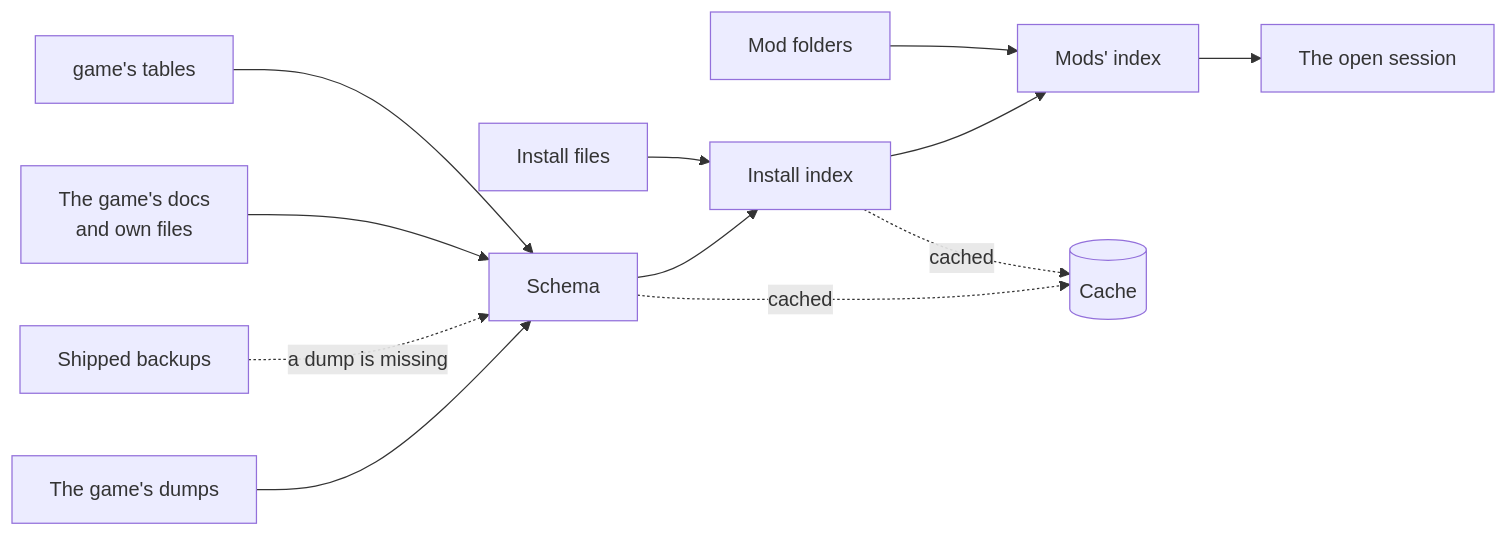
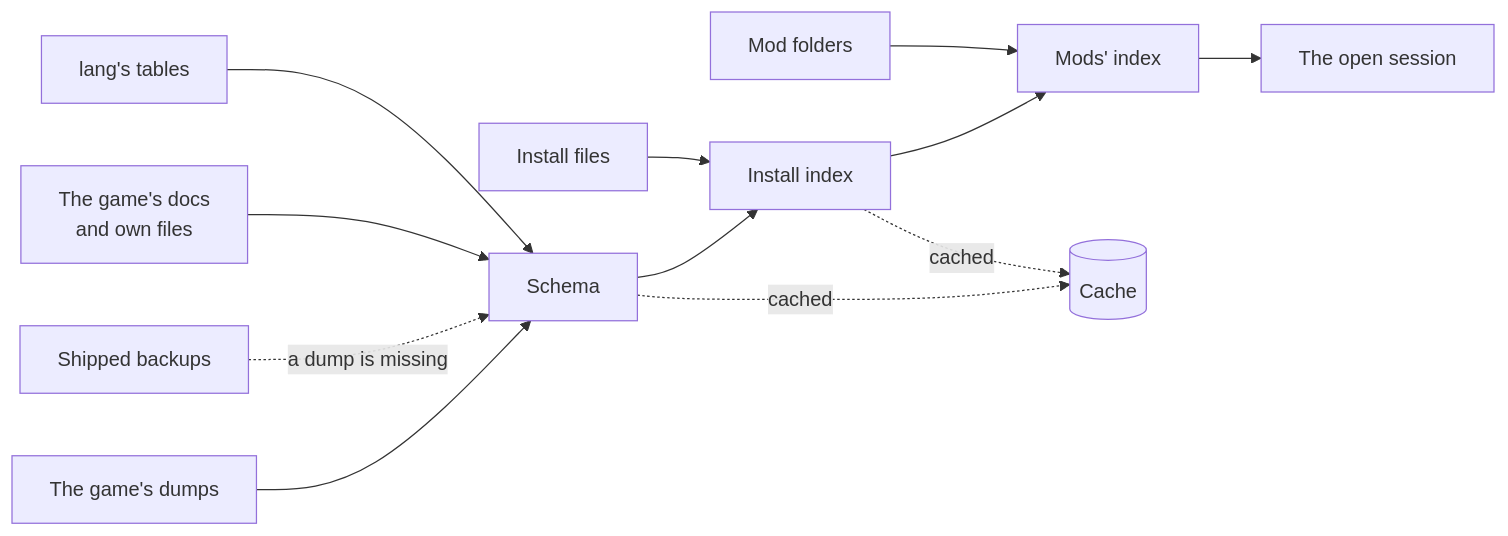
The fourth of 7 diagrams in docs/ARCHITECTURE.md (idodavis/paradox-modding-tools), drawn with Mermaid before and after one commit. The commit also changed other lines of this file and 126 other files, not shown here.

Commit message:
Main portion of refactor done. Split schema into two packages to support more sensible and logical design. More to come

````diff
--- a/docs/ARCHITECTURE.md
+++ b/docs/ARCHITECTURE.md
@@ -144,14 +146,14 @@
 ```mermaid
 flowchart LR
   dumps["The game's dumps"] --> schema
   shipped["Shipped backups"] -.->|a dump is missing| schema
   sources["The game's docs<br/>and own files"] --> schema
-  tables["game's tables"] --> schema
+  tables["lang's tables"] --> schema
   schema["Schema"] --> installIndex["Install index"]
   install["Install files"] --> installIndex
   installIndex --> modsIndex["Mods' index"]
   mods["Mod folders"] --> modsIndex
   modsIndex --> session["The open session"]
   schema -.->|cached| cache[("Cache")]
   installIndex -.->|cached| cache
 ```
````
